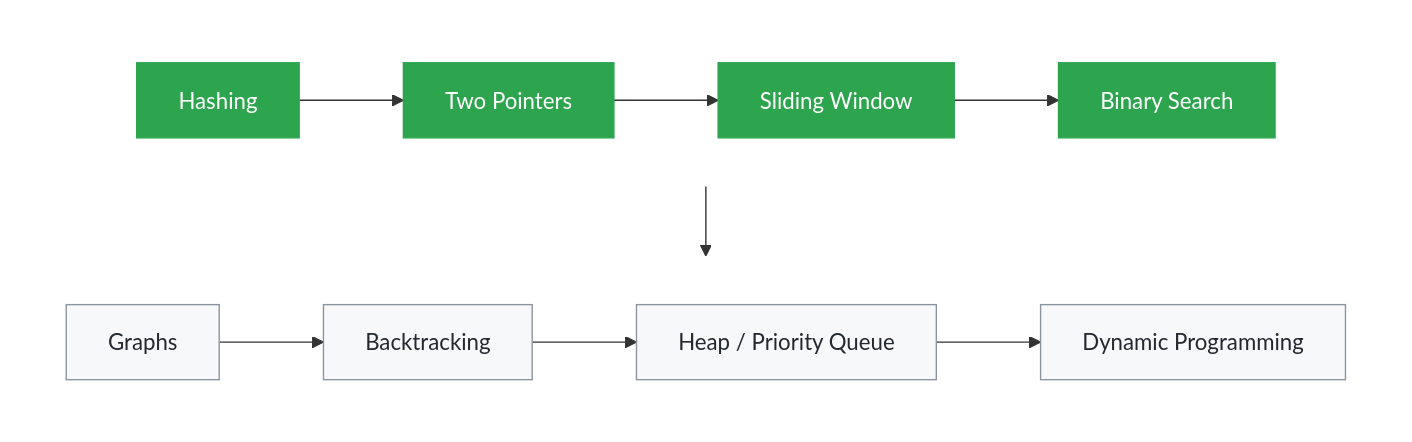
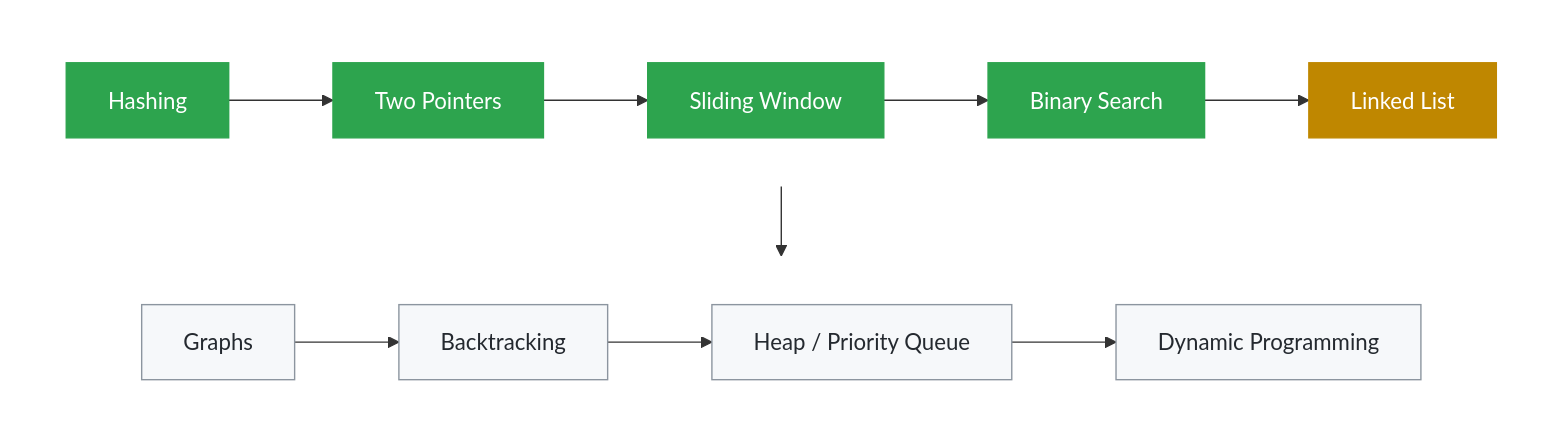
The diagram in README.md (yuviyashu/java-dsa-patterns), drawn with Mermaid before and after one commit. The commit also changed other lines of this file and 2 other files, not shown here.

Commit message:
Add Reverse Linked List (Linked List) — flip next pointers, swap head and tail

````diff
--- a/README.md
+++ b/README.md
@@ -16,19 +16,20 @@
 ```mermaid
 flowchart TB
     subgraph row1 [" "]
         direction LR
-        A[Hashing] --> B[Two Pointers] --> C[Sliding Window] --> H[Binary Search]
+        A[Hashing] --> B[Two Pointers] --> C[Sliding Window] --> H[Binary Search] --> I[Linked List]
     end
     subgraph row2 [" "]
         direction LR
         D[Graphs] --> E[Backtracking] --> F[Heap / Priority Queue] --> G[Dynamic Programming]
     end
     row1 --> row2
     style row1 fill:none,stroke:none
     style row2 fill:none,stroke:none
     classDef done fill:#2da44e,color:#fff,stroke:#2da44e
     classDef inprogress fill:#bf8700,color:#fff,stroke:#bf8700
     classDef next fill:#f6f8fa,color:#24292f,stroke:#8c959f
     class A,B,C,H done
+    class I inprogress
     class D,E,F,G next
 ```
````
